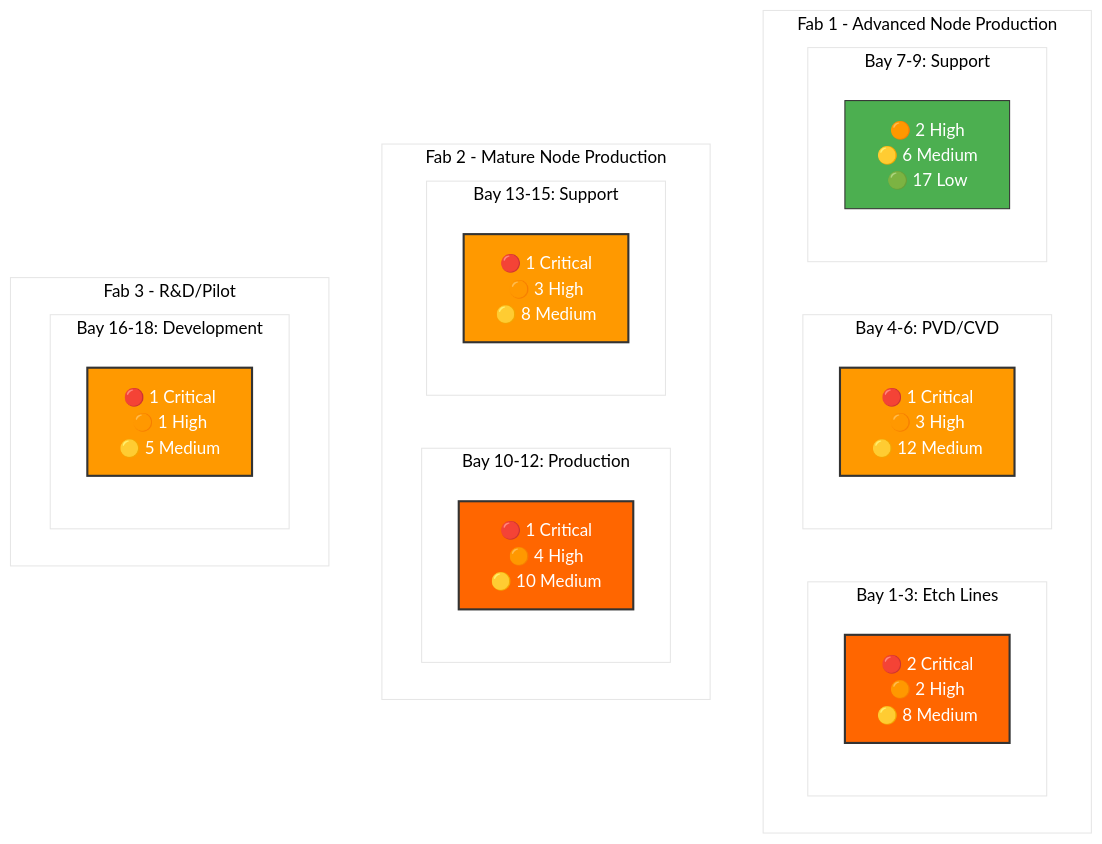
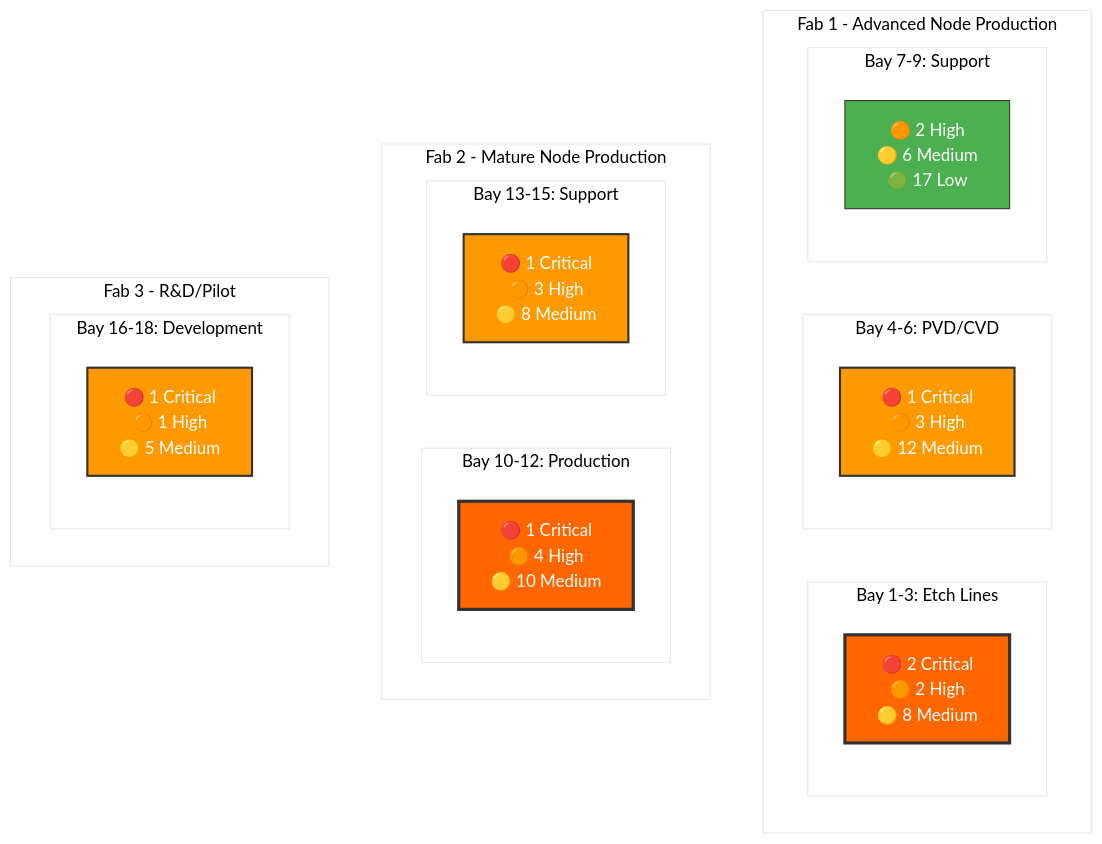
One commit to StephanieHepp/Risk-Assessment changed the third of 10 diagrams in scaled_vacuum_report_200.md. Above: the diagram before and after it, drawn with Mermaid.

````diff
--- a/scaled_vacuum_report_200.md
+++ b/scaled_vacuum_report_200.md
@@ -40,39 +40,39 @@
 ```mermaid
 %%{init: {'theme':'base', 'themeVariables': {'primaryColor':'#fff', 'secondaryColor':'#000'}}}%%
 graph TB
     subgraph "Fab 1 - Advanced Node Production"
-        subgraph "Bay 1-3: Etch Lines" 
+        subgraph "Bay 1-3: Etch Lines<br/> " 
             F1B1["🔴 2 Critical<br/>🟠 2 High<br/>🟡 8 Medium"]
         end
         subgraph "Bay 4-6: PVD/CVD"
             F1B2["🔴 1 Critical<br/>🟠 3 High<br/>🟡 12 Medium"]
         end
         subgraph "Bay 7-9: Support" 
             F1B3["🟠 2 High<br/>🟡 6 Medium<br/>🟢 17 Low"]
         end
     end
     
     subgraph "Fab 2 - Mature Node Production"
-        subgraph "Bay 10-12: Production"
+        subgraph "Bay 10-12: Production<br/> "
             F2B1["🔴 1 Critical<br/>🟠 4 High<br/>🟡 10 Medium"]
         end
         subgraph "Bay 13-15: Support"
             F2B2["🔴 1 Critical<br/>🟠 3 High<br/>🟡 8 Medium"]
         end
     end
     
     subgraph "Fab 3 - R&D/Pilot"
-        subgraph "Bay 16-18: Development"
+        subgraph "Bay 16-18: Development<br/> "
             F3B1["🔴 1 Critical<br/>🟠 1 High<br/>🟡 5 Medium"]
         end
     end
     
-    classDef critical fill:#ff6600,stroke:#333,stroke-width:2px,color:#fff
+    classDef critical fill:#ff6600,stroke:#333,stroke-width:3px,color:#fff
     classDef high fill:#ff9900,stroke:#333,stroke-width:2px,color:#fff
     classDef medium fill:#ffcc00,stroke:#333,stroke-width:2px,color:#000
     classDef lowrisk fill:#4CAF50,stroke:#333,stroke-width:1px,color:#fff
     
     class F1B1,F2B1 critical
     class F1B2,F2B2,F3B1 high
     class F1B3 lowrisk
 ```
````
